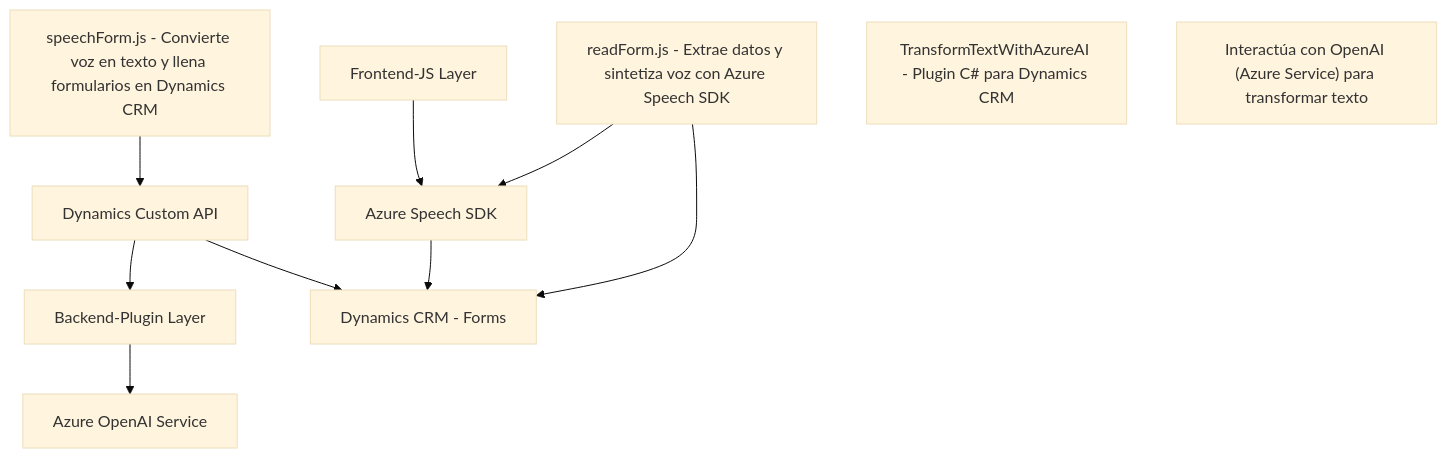
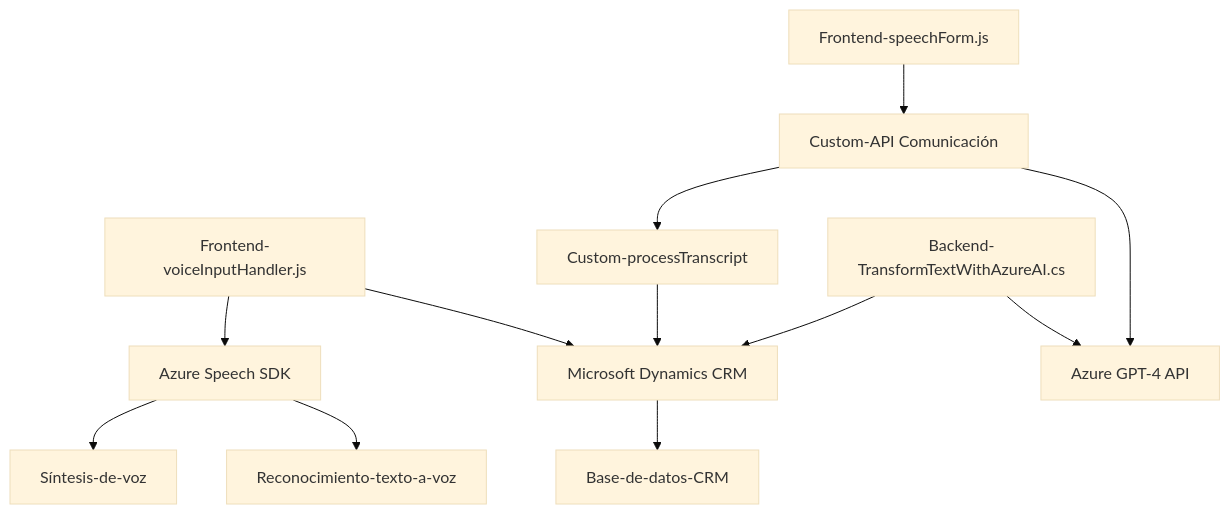
The diagram in README.md (blopezdm/NETCORE_BILBAO2025), drawn with Mermaid (base theme) before and after one commit. The commit also changed other lines of this file, not shown here.

Commit message:
Actualizar análisis global de la solución con IA

````diff
--- a/README.md
+++ b/README.md
@@ -45,22 +46,17 @@
 ```mermaid
 graph TD
-    A["Frontend-JS Layer"]
-    A1["readForm.js - Extrae datos y sintetiza voz con Azure Speech SDK"]
-    A2["speechForm.js - Convierte voz en texto y llena formularios en Dynamics CRM"]
-    B["Backend-Plugin Layer"]
-    B1["TransformTextWithAzureAI - Plugin C# para Dynamics CRM"]
-    B2["Interactúa con OpenAI (Azure Service) para transformar texto"]
-    C["Azure Speech SDK"]
-    D["Azure OpenAI Service"]
-    E["Dynamics CRM - Forms"]
-    F["Dynamics Custom API"]
+    A["Frontend-voiceInputHandler.js"] --> B["Azure Speech SDK"]
+    A --> C["Microsoft Dynamics CRM"]
+    B --> D["Reconocimiento-texto-a-voz"]
+    B --> E["Síntesis-de-voz"]
     
-    A --> C
-    A1 --> C
-    A2 --> F
-    F --> B
-    B --> D
-    F --> E
-    C --> E
-    A1 --> E
+    F["Frontend-speechForm.js"] --> G["Custom-API Comunicación"]
+    G --> H["Custom-processTranscript"]
+    H --> C["Microsoft Dynamics CRM"]
+
+    I["Backend-TransformTextWithAzureAI.cs"] --> J["Azure GPT-4 API"]
+    I --> C
+    C --> K["Base-de-datos-CRM"]
+    
+    G --> J
 ```
````
